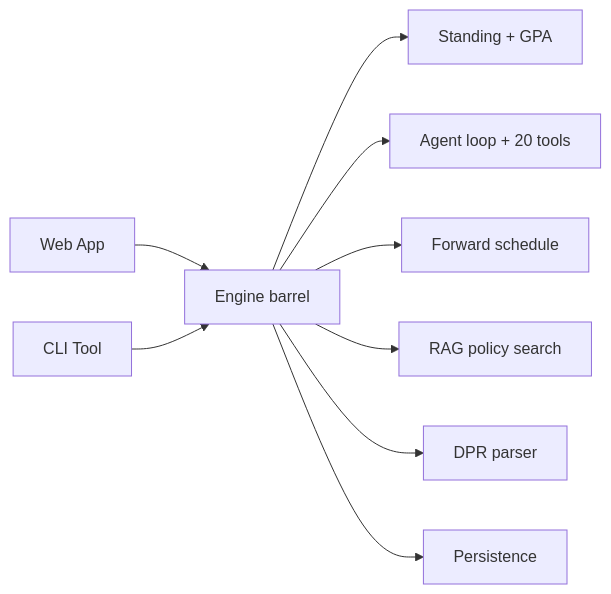
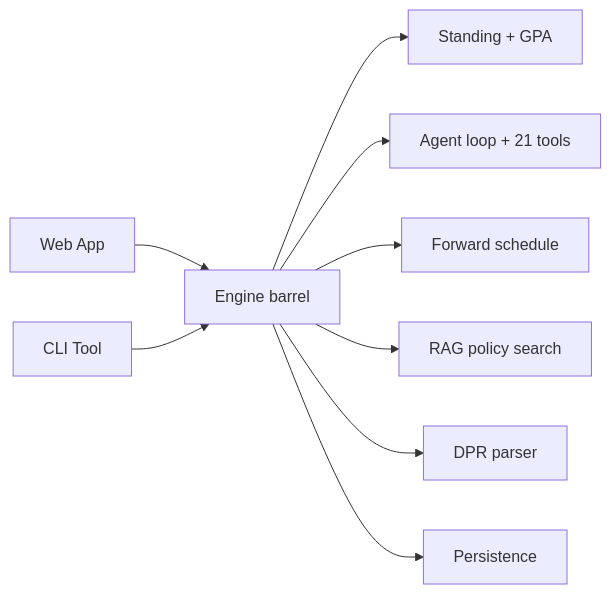
One commit to EdoardoMongardi/NYU_Path changed the diagram in Docs/current-system/engine/engine-package-index.md. Above: the diagram before and after it, drawn with Mermaid. The commit also changed other lines of this file and 8 other files, not shown here.

````diff
--- a/Docs/current-system/engine/engine-package-index.md
+++ b/Docs/current-system/engine/engine-package-index.md
@@ -9,11 +9,11 @@
 ```mermaid
 flowchart LR
     Web[Web App] --> Barrel[Engine barrel]
     CLI[CLI Tool] --> Barrel
     Barrel --> Standing[Standing + GPA]
-    Barrel --> Agent[Agent loop + 20 tools]
+    Barrel --> Agent[Agent loop + 21 tools]
     Barrel --> Planner[Forward schedule]
     Barrel --> RAG[RAG policy search]
     Barrel --> DPR[DPR parser]
     Barrel --> Store[Persistence]
 ```
````
